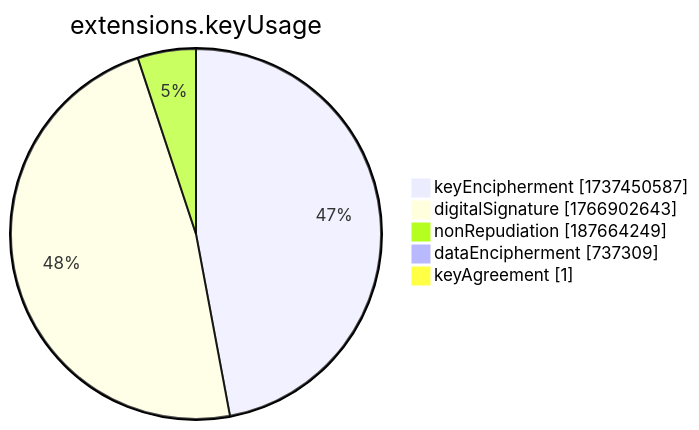
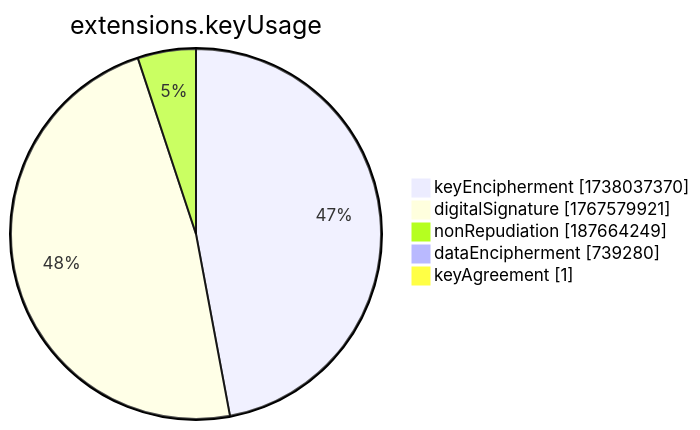
The seventh of 15 diagrams in xenon2022/README.md (christiankrug/ctmonitor_visualization), drawn with Mermaid before and after one commit. The commit also changed other lines of this file, not shown here.

````diff
--- a/xenon2022/README.md
+++ b/xenon2022/README.md
@@ -2859,9 +2859,9 @@
 ```mermaid
 pie showData
 title extensions.keyUsage
-"keyEncipherment" :1737450587
-"digitalSignature" :1766902643
+"keyEncipherment" :1738037370
+"digitalSignature" :1767579921
 "nonRepudiation" :187664249
-"dataEncipherment" :737309
+"dataEncipherment" :739280
 "keyAgreement" :1
 ```
````
